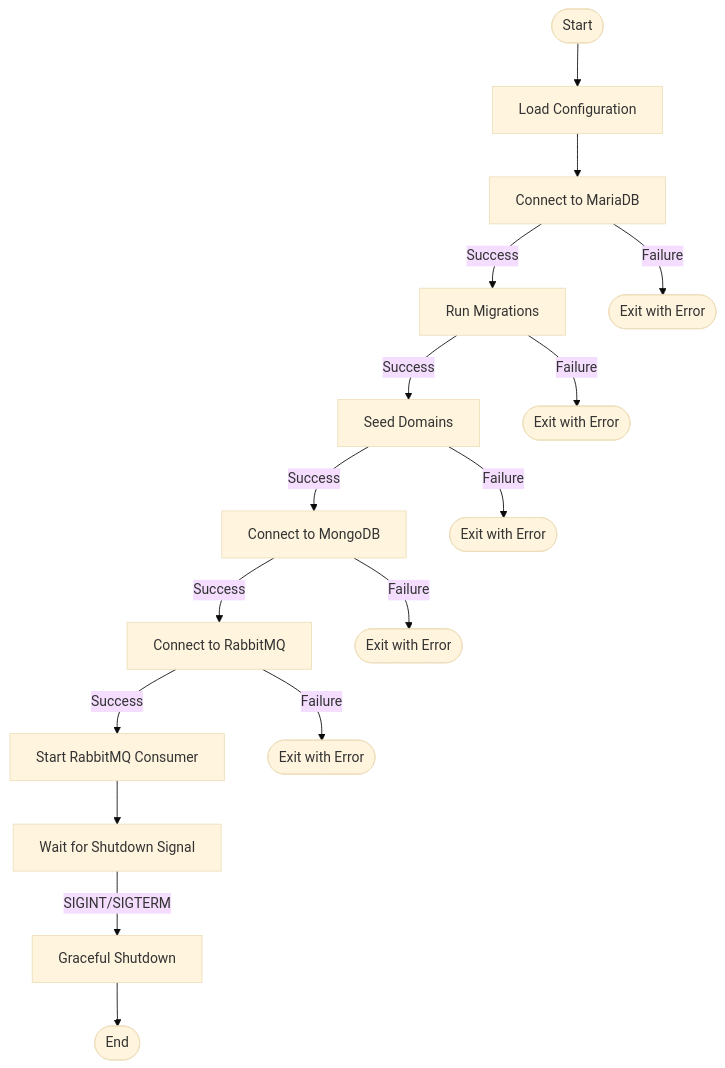
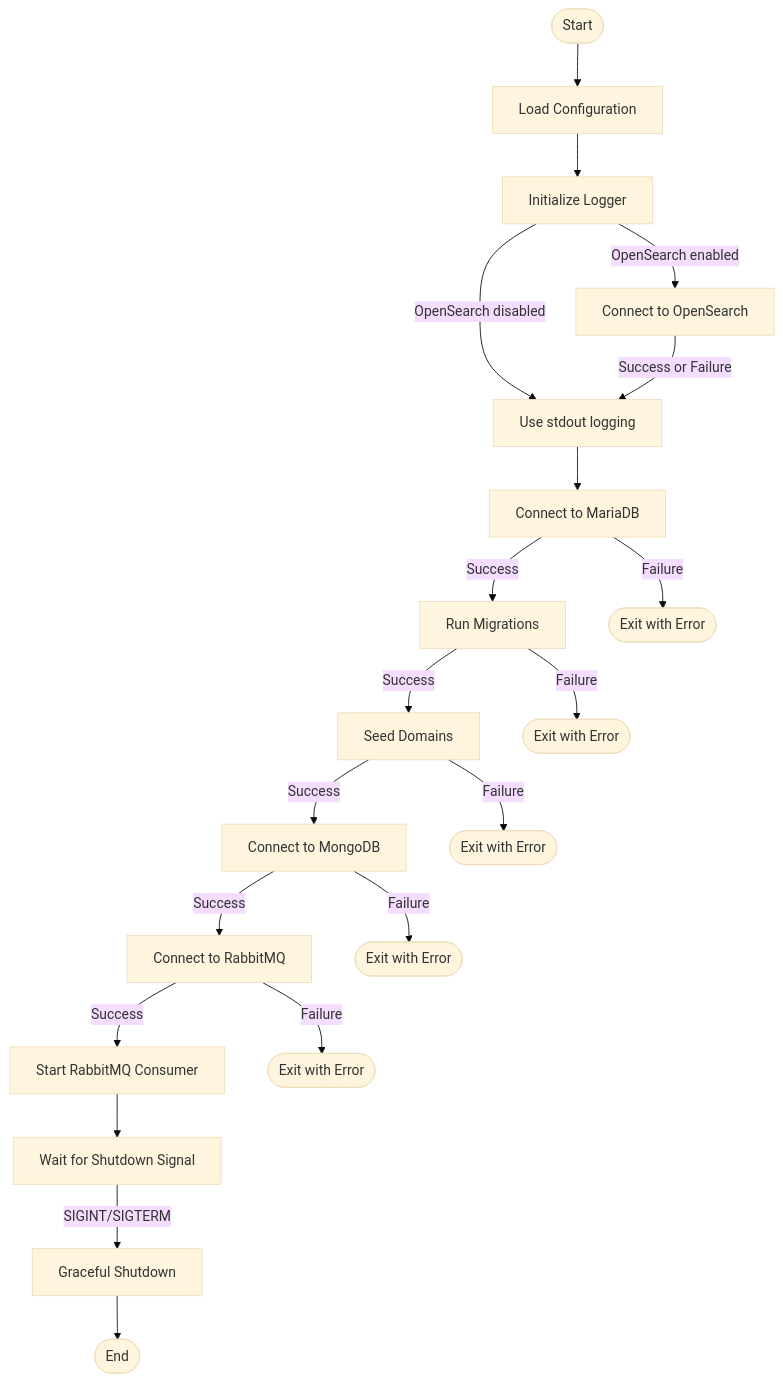
Before and after one commit to emmanuelviniciusdev/por.cool: the seventh of 9 diagrams in ingestion/README.md, drawn with Mermaid (base theme). The commit also changed other lines of this file and 9 other files, not shown here.

Commit message:
feat: relational database ingestion flow

````diff
--- a/ingestion/README.md
+++ b/ingestion/README.md
@@ -632,18 +682,22 @@
 ```mermaid
 flowchart TD
     Start([Start]) --> LoadConfig[Load Configuration]
-    LoadConfig --> ConnectMaria[Connect to MariaDB]
+    LoadConfig --> InitLogger[Initialize Logger]
+    InitLogger --> |OpenSearch enabled| ConnectOpenSearch[Connect to OpenSearch]
+    InitLogger --> |OpenSearch disabled| UseStdout[Use stdout logging]
+    ConnectOpenSearch --> |Success or Failure| UseStdout
+    UseStdout --> ConnectMaria[Connect to MariaDB]
     ConnectMaria --> |Success| RunMigrations[Run Migrations]
     ConnectMaria --> |Failure| Exit1([Exit with Error])
     RunMigrations --> |Success| SeedDomains[Seed Domains]
     RunMigrations --> |Failure| Exit2([Exit with Error])
     SeedDomains --> |Success| ConnectMongo[Connect to MongoDB]
     SeedDomains --> |Failure| Exit3([Exit with Error])
     ConnectMongo --> |Success| ConnectRabbitMQ[Connect to RabbitMQ]
     ConnectMongo --> |Failure| Exit4([Exit with Error])
     ConnectRabbitMQ --> |Success| StartConsumer[Start RabbitMQ Consumer]
     ConnectRabbitMQ --> |Failure| Exit5([Exit with Error])
     StartConsumer --> WaitSignal[Wait for Shutdown Signal]
     WaitSignal --> |SIGINT/SIGTERM| Shutdown[Graceful Shutdown]
     Shutdown --> End([End])
 ```
````
